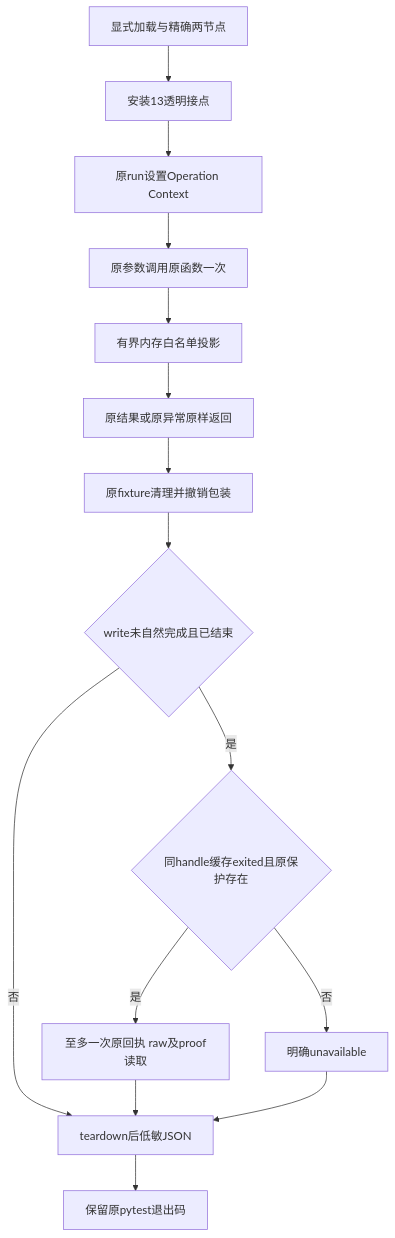
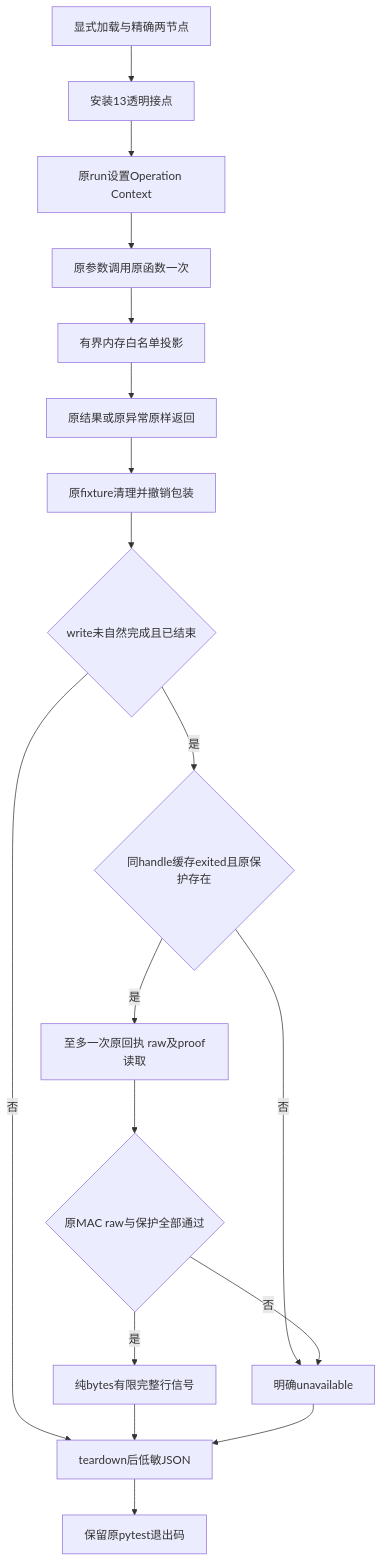
One commit to carrie1988/Harnessix changed the second of 4 diagrams in docs/changes/m09-r4-windows-minimum-commit-probe.md. Above: the diagram before and after it, drawn with Mermaid. The commit also changed other lines of this file and 17 other files, not shown here.

````diff
--- a/docs/changes/m09-r4-windows-minimum-commit-probe.md
+++ b/docs/changes/m09-r4-windows-minimum-commit-probe.md
@@ -100,17 +104,20 @@
 ```mermaid
 flowchart TD
   Start[显式加载与精确两节点] --> Install[安装13透明接点]
   Install --> Run[原run设置Operation Context]
   Run --> Call[原参数调用原函数一次]
   Call --> Project[有界内存白名单投影]
   Project --> Original[原结果或原异常原样返回]
   Original --> Cleanup[原fixture清理并撤销包装]
   Cleanup --> Need{write未自然完成且已结束}
   Need -->|否| Publish[teardown后低敏JSON]
   Need -->|是| Gate{同handle缓存exited且原保护存在}
   Gate -->|否| Missing[明确unavailable]
   Gate -->|是| Once[至多一次原回执 raw及proof读取]
-  Once --> Publish
+  Once --> Verified{原MAC raw与保护全部通过}
+  Verified -->|是| Signals[纯bytes有限完整行信号]
+  Signals --> Publish
+  Verified -->|否| Missing
   Missing --> Publish
   Publish --> Exit[保留原pytest退出码]
 ```
````
